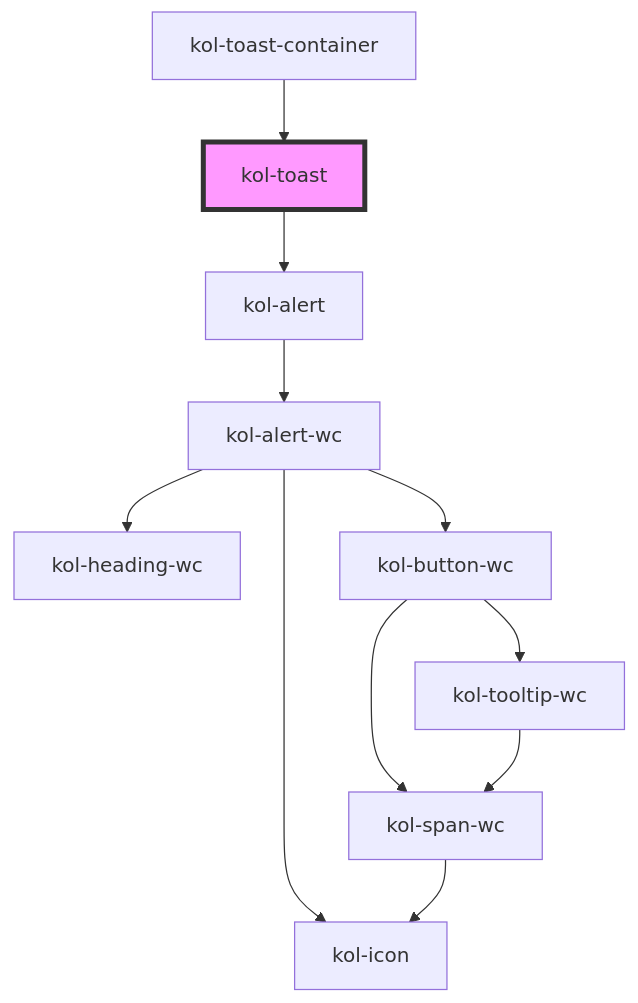
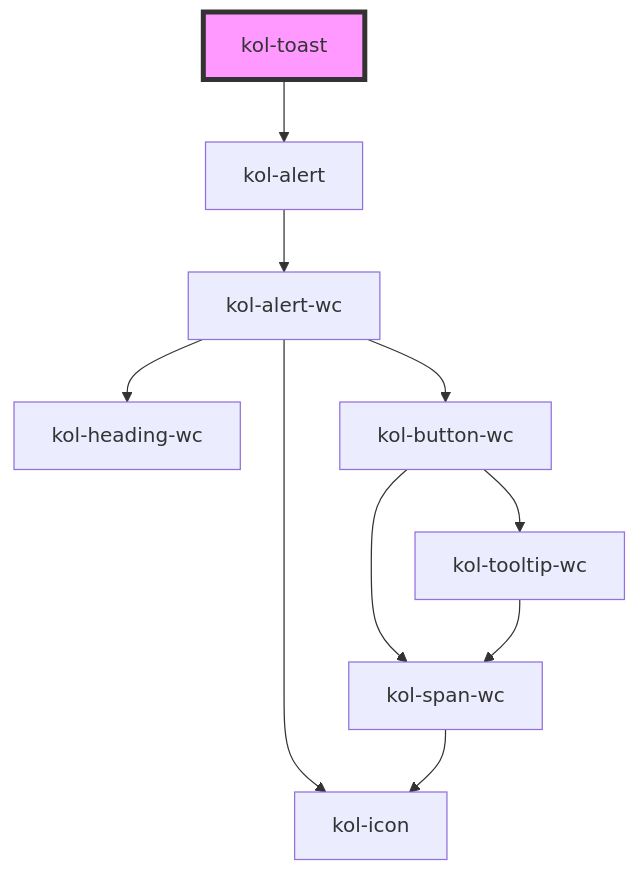
One commit to public-ui/kolibri changed the diagram in packages/components/src/components/toast/readme.md. Above: the diagram before and after it, drawn with Mermaid. The commit also changed other lines of this file and 10 other files, not shown here.

````diff
--- a/packages/components/src/components/toast/readme.md
+++ b/packages/components/src/components/toast/readme.md
@@ -75,14 +87,13 @@
 ```mermaid
 graph TD;
   kol-toast --> kol-alert
   kol-alert --> kol-alert-wc
   kol-alert-wc --> kol-heading-wc
   kol-alert-wc --> kol-button-wc
   kol-alert-wc --> kol-icon
   kol-button-wc --> kol-span-wc
   kol-button-wc --> kol-tooltip-wc
   kol-span-wc --> kol-icon
   kol-tooltip-wc --> kol-span-wc
-  kol-toast-container --> kol-toast
   style kol-toast fill:#f9f,stroke:#333,stroke-width:4px
 ```
````
